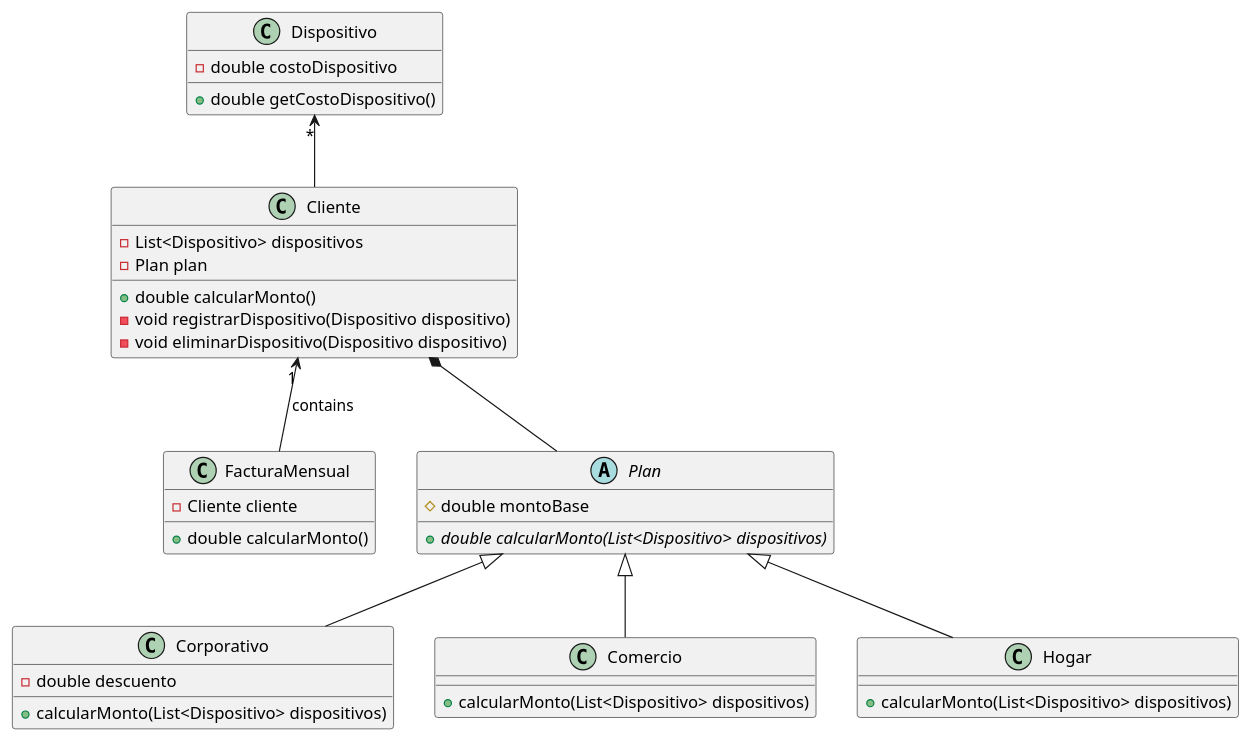
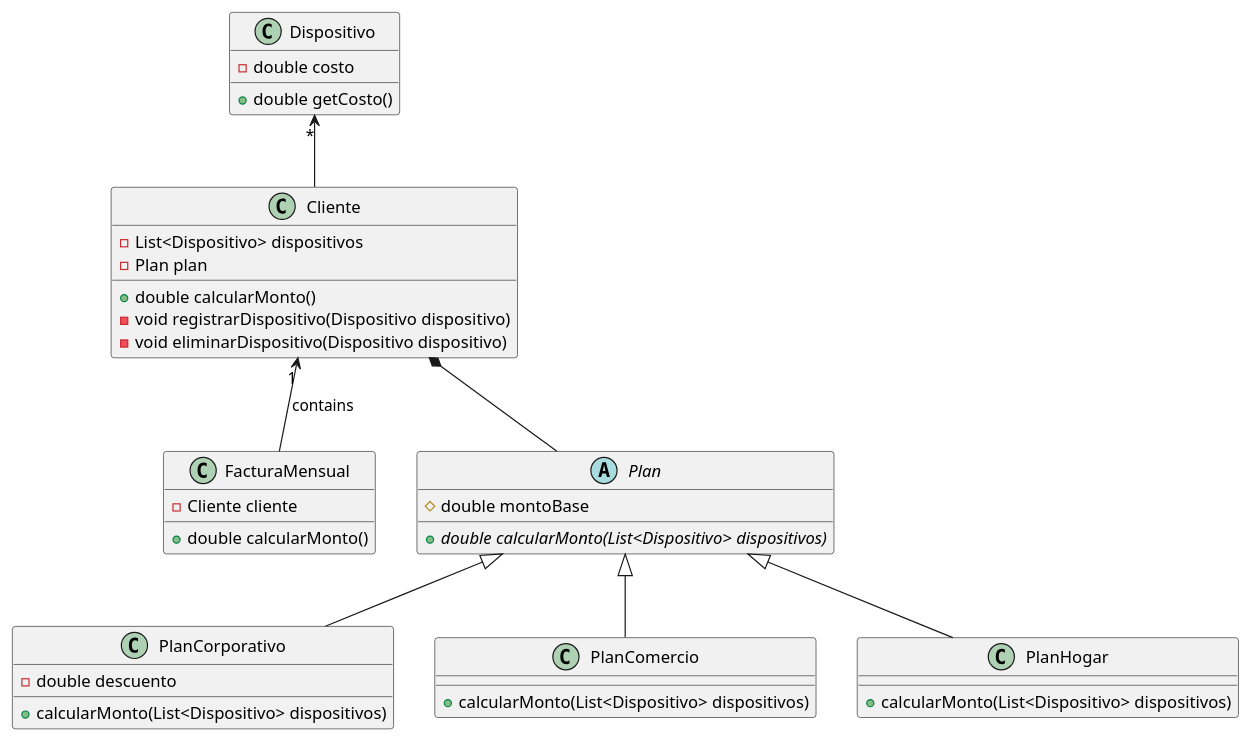
The diagram in src/smartlife-class-diagram.puml (fonsecanico/dds-practica-e1-smartlife), drawn with PlantUML before and after one commit. The commit also changed 7 other files, not shown here.

```diff
--- a/src/smartlife-class-diagram.puml
+++ b/src/smartlife-class-diagram.puml
@@ -1,46 +1,46 @@
 @startuml
 'https://plantuml.com/class-diagram
 
 class FacturaMensual
 {
 - Cliente cliente
 + double calcularMonto()
 }
 
 class Cliente {
 - List<Dispositivo> dispositivos
 - Plan plan
 + double calcularMonto()
 - void registrarDispositivo(Dispositivo dispositivo)
 - void eliminarDispositivo(Dispositivo dispositivo)
 }
 
 class Dispositivo
 {
-- double costoDispositivo
-+ double getCostoDispositivo()
+- double costo
++ double getCosto()
 }
 
 abstract class Plan {
 # double montoBase
 + {abstract} double calcularMonto(List<Dispositivo> dispositivos)
 }
 
-class Corporativo {
+class PlanCorporativo {
 - double descuento
 + calcularMonto(List<Dispositivo> dispositivos)
 }
-class Comercio {
+class PlanComercio {
 + calcularMonto(List<Dispositivo> dispositivos)
 }
-class Hogar {
+class PlanHogar {
 + calcularMonto(List<Dispositivo> dispositivos)
 }
 
 Cliente *-- Plan
-Plan <|-- Corporativo
-Plan <|-- Comercio
-Plan <|-- Hogar
+Plan <|-- PlanCorporativo
+Plan <|-- PlanComercio
+Plan <|-- PlanHogar
 Cliente "1"<-- FacturaMensual : contains
 Dispositivo "*" <-- Cliente
 @enduml
```
